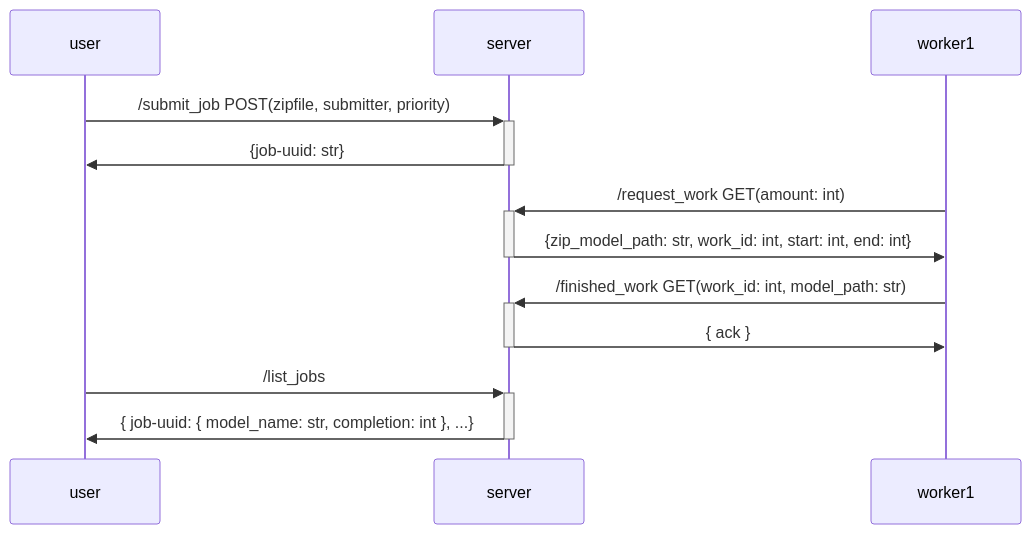
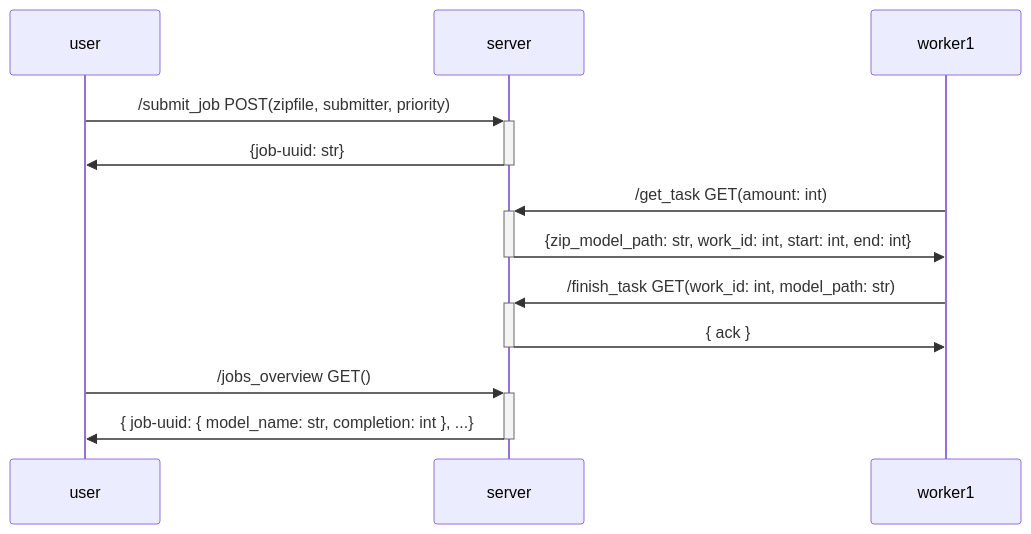
The diagram in docs/architecture/sequence_diagram.md (jorritvm/antares_winjobs), drawn with Mermaid before and after one commit. The commit also changed 11 other files, not shown here.

````diff
--- a/docs/architecture/sequence_diagram.md
+++ b/docs/architecture/sequence_diagram.md
@@ -1,17 +1,17 @@
 ```mermaid
 sequenceDiagram
     user->>+server: /submit_job POST(zipfile, submitter, priority)
     server->>-user: {job-uuid: str}
 
-    worker1->>+server: /request_work GET(amount: int)
+    worker1->>+server: /get_task GET(amount: int)
     server->>-worker1: {zip_model_path: str, work_id: int, start: int, end: int}
   
-    % worker2->>+server: /request_work GET(amount: int)
+    % worker2->>+server: /get_task GET(amount: int)
     % server->>-worker2: {zip_model_path: str, work_id: int, start: int, end: int}
 
-    worker1->>+server: /finished_work GET(work_id: int, model_path: str)
+    worker1->>+server: /finish_task GET(work_id: int, model_path: str)
     server->>-worker1: { ack }
 
-    user->>+server: /list_jobs
+    user->>+server: /jobs_overview GET()
     server->>-user: { job-uuid: { model_name: str, completion: int }, ...}
 ```
````
